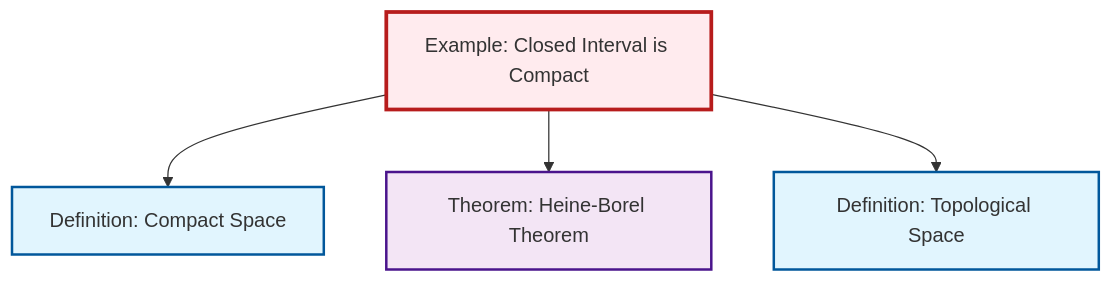
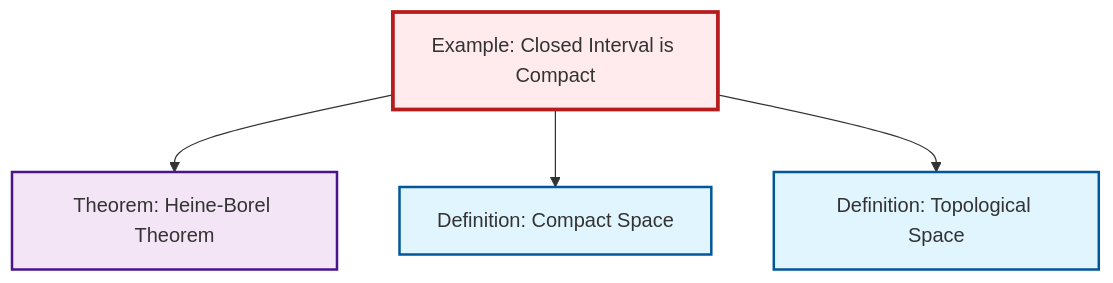
The diagram in content/en/topology/ex-closed-interval-compact.qmd (RK0429/ModernMath), drawn with Mermaid before and after one commit. The commit also changed other lines of this file and 672 other files, not shown here.

````diff
--- a/content/en/topology/ex-closed-interval-compact.qmd
+++ b/content/en/topology/ex-closed-interval-compact.qmd
@@ -54,20 +54,20 @@
 ```{mermaid}
 %%| fig-cap: "Local dependency graph"
 graph TD
     classDef definition fill:#e1f5fe,stroke:#01579b,stroke-width:2px
     classDef theorem fill:#f3e5f5,stroke:#4a148c,stroke-width:2px
     classDef axiom fill:#fff3e0,stroke:#e65100,stroke-width:2px
     classDef example fill:#e8f5e9,stroke:#1b5e20,stroke-width:2px
     classDef current fill:#ffebee,stroke:#b71c1c,stroke-width:3px
+    def-topological-space["Definition: Topological Space"]:::definition
+    def-compact["Definition: Compact Space"]:::definition
+    ex-closed-interval-compact["Example: Closed Interval is Compact"]:::example
     thm-heine-borel["Theorem: Heine-Borel Theorem"]:::theorem
-    ex-closed-interval-compact["Example: Closed Interval is Compact"]:::example
-    def-compact["Definition: Compact Space"]:::definition
-    def-topological-space["Definition: Topological Space"]:::definition
+    ex-closed-interval-compact --> thm-heine-borel
     ex-closed-interval-compact --> def-compact
-    ex-closed-interval-compact --> thm-heine-borel
     ex-closed-interval-compact --> def-topological-space
     class ex-closed-interval-compact current
+    click def-topological-space "def-topological-space.html" "Go to Topological Space definition"
+    click def-compact "def-compact.html" "Go to Compact Space definition"
     click thm-heine-borel "thm-heine-borel.html" "Go to Heine-Borel Theorem theorem"
-    click def-compact "def-compact.html" "Go to Compact Space definition"
-    click def-topological-space "def-topological-space.html" "Go to Topological Space definition"
 ```
````
